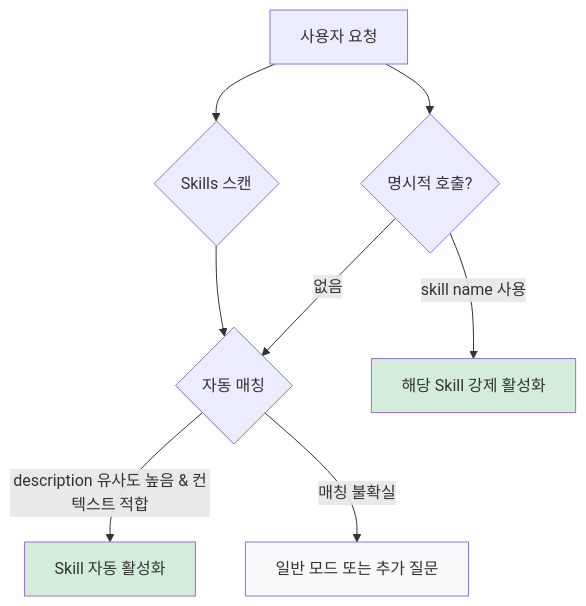
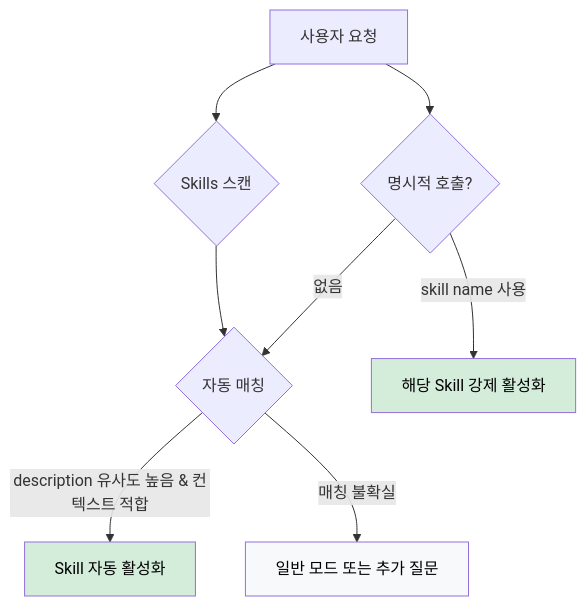
The third of 5 diagrams in src/content/docs/docs/ai-assisted-development/claude-code-command-operation-logic.md (hyoguoo/hyoguoo.github.io), drawn with Mermaid before and after one commit. The commit also changed other lines of this file and 8 other files, not shown here.

Commit message:
mod: 가독성을 위한 mermaid 색상 수정

````diff
--- a/src/content/docs/docs/ai-assisted-development/claude-code-command-operation-logic.md
+++ b/src/content/docs/docs/ai-assisted-development/claude-code-command-operation-logic.md
@@ -132,13 +132,13 @@
 ```mermaid
 graph TD
     A[사용자 요청] --> B{Skills 스캔}
     B --> C{자동 매칭}
     C -->|description 유사도 높음 & 컨텍스트 적합| D[Skill 자동 활성화]
     C -->|매칭 불확실| E[일반 모드 또는 추가 질문]
     A --> F{명시적 호출?}
     F -->|skill name 사용| G[해당 Skill 강제 활성화]
     F -->|없음| C
-    style D fill: #d4edda
-    style G fill: #d4edda
-    style E fill: #f8f9fa
+    style D fill: #d4edda, color: #000
+    style G fill: #d4edda, color: #000
+    style E fill: #f8f9fa, color: #000
 ```
````
